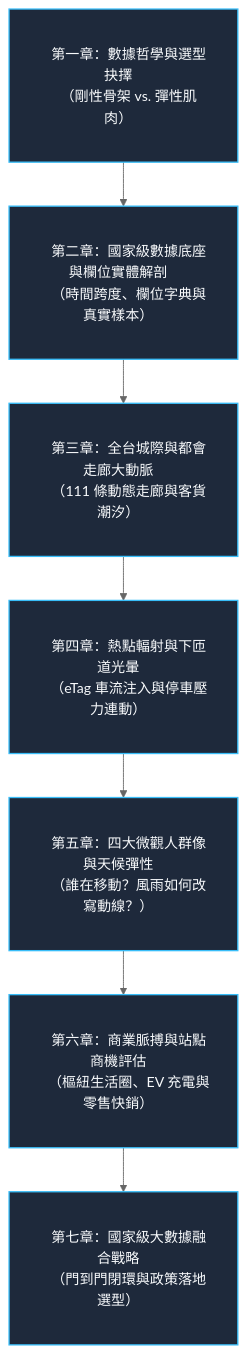
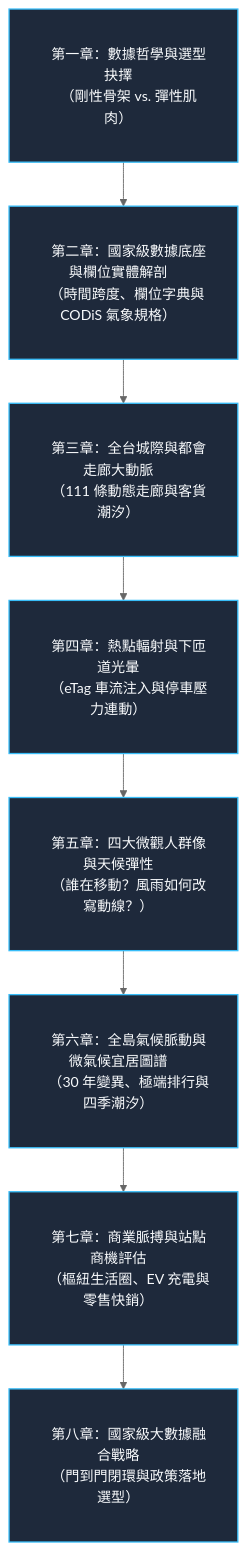
Before and after one commit to tobytoy/taiwan-mobility-pulse: the diagram in docs/README.md, drawn with Mermaid (neutral theme). The commit also changed other lines of this file and 15 other files, not shown here.

````diff
--- a/docs/README.md
+++ b/docs/README.md
@@ -26,11 +26,12 @@
 ```mermaid
 flowchart TD
     classDef default fill:#1e293b,stroke:#38bdf8,stroke-width:1.5px,color:#f8fafc,padding:16px 50px;
 
-    C1["&emsp;第一章：數據哲學與選型抉擇&emsp;<br/>&emsp;（剛性骨架 vs. 彈性肌肉）&emsp;"] --> C2["&emsp;第二章：國家級數據底座與欄位實體解剖&emsp;<br/>&emsp;（時間跨度、欄位字典與真實樣本）&emsp;"]
+    C1["&emsp;第一章：數據哲學與選型抉擇&emsp;<br/>&emsp;（剛性骨架 vs. 彈性肌肉）&emsp;"] --> C2["&emsp;第二章：國家級數據底座與欄位實體解剖&emsp;<br/>&emsp;（時間跨度、欄位字典與 CODiS 氣象規格）&emsp;"]
     C2 --> C3["&emsp;第三章：全台城際與都會走廊大動脈&emsp;<br/>&emsp;（111 條動態走廊與客貨潮汐）&emsp;"]
     C3 --> C4["&emsp;第四章：熱點輻射與下匝道光暈&emsp;<br/>&emsp;（eTag 車流注入與停車壓力連動）&emsp;"]
     C4 --> C5["&emsp;第五章：四大微觀人群像與天候彈性&emsp;<br/>&emsp;（誰在移動？風雨如何改寫動線？）&emsp;"]
-    C5 --> C6["&emsp;第六章：商業脈搏與站點商機評估&emsp;<br/>&emsp;（樞紐生活圈、EV 充電與零售快銷）&emsp;"]
-    C6 --> C7["&emsp;第七章：國家級大數據融合戰略&emsp;<br/>&emsp;（門到門閉環與政策落地選型）&emsp;"]
+    C5 --> C6["&emsp;第六章：全島氣候脈動與微氣候宜居圖譜&emsp;<br/>&emsp;（30 年變異、極端排行與四季潮汐）&emsp;"]
+    C6 --> C7["&emsp;第七章：商業脈搏與站點商機評估&emsp;<br/>&emsp;（樞紐生活圈、EV 充電與零售快銷）&emsp;"]
+    C7 --> C8["&emsp;第八章：國家級大數據融合戰略&emsp;<br/>&emsp;（門到門閉環與政策落地選型）&emsp;"]
 ```
````
